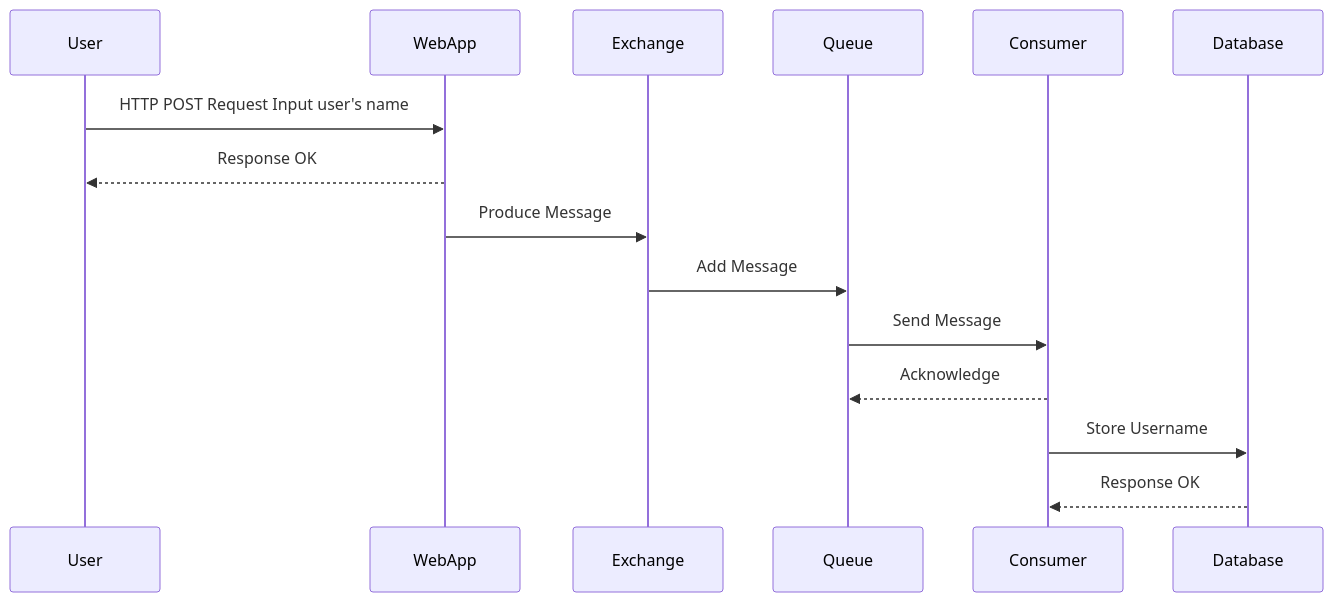
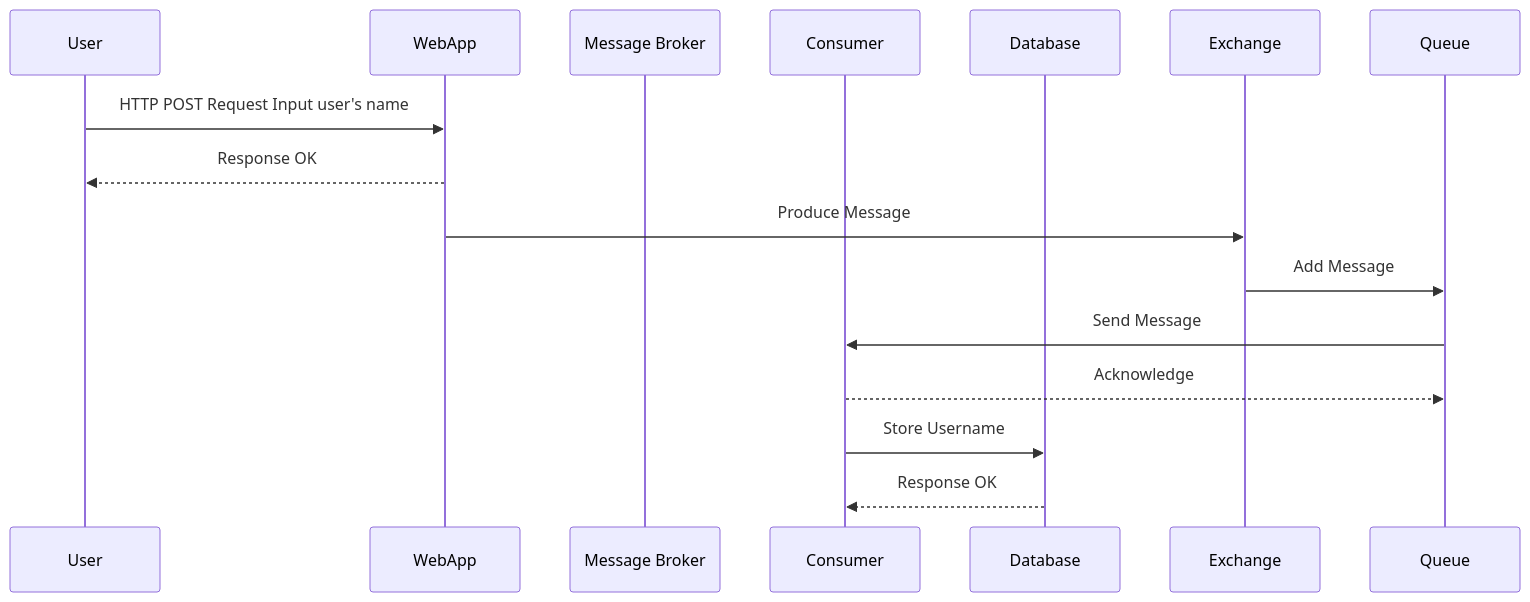
One commit to azlaanmsamad/Inria_Task changed the diagram in README.md. Above: the diagram before and after it, drawn with Mermaid. The commit also changed other lines of this file and 7 other files, not shown here.

````diff
--- a/README.md
+++ b/README.md
@@ -31,18 +33,17 @@
 ```mermaid
   sequenceDiagram
     participant User  
     participant WebApp 
-    participant Exchange 
-    participant Queue
+    participant Message Broker
     participant Consumer
     participant Database 
     
     User->>WebApp : HTTP POST Request Input user's name
     WebApp-->>User : Response OK
     WebApp->>Exchange : Produce Message
     Exchange->>Queue : Add Message
     Queue->>Consumer : Send Message
     Consumer-->>Queue : Acknowledge
     Consumer->>Database : Store Username
     Database-->>Consumer : Response OK
 ```
````
